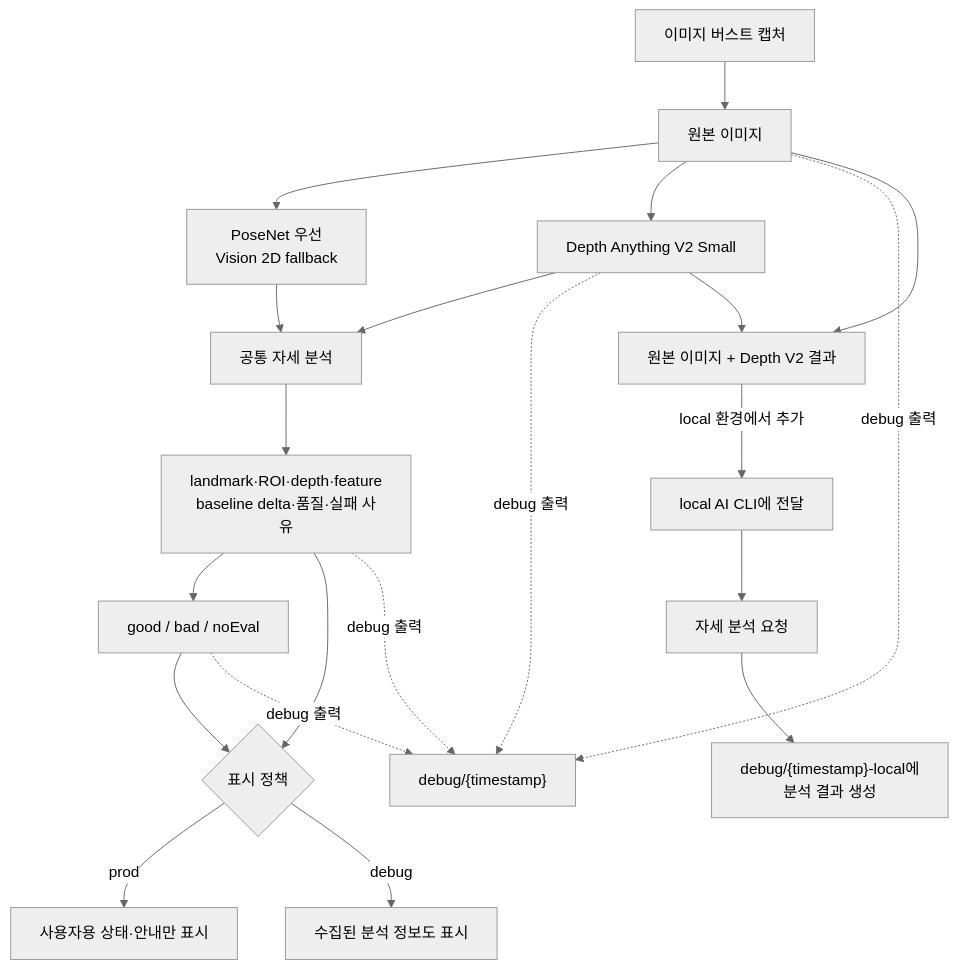
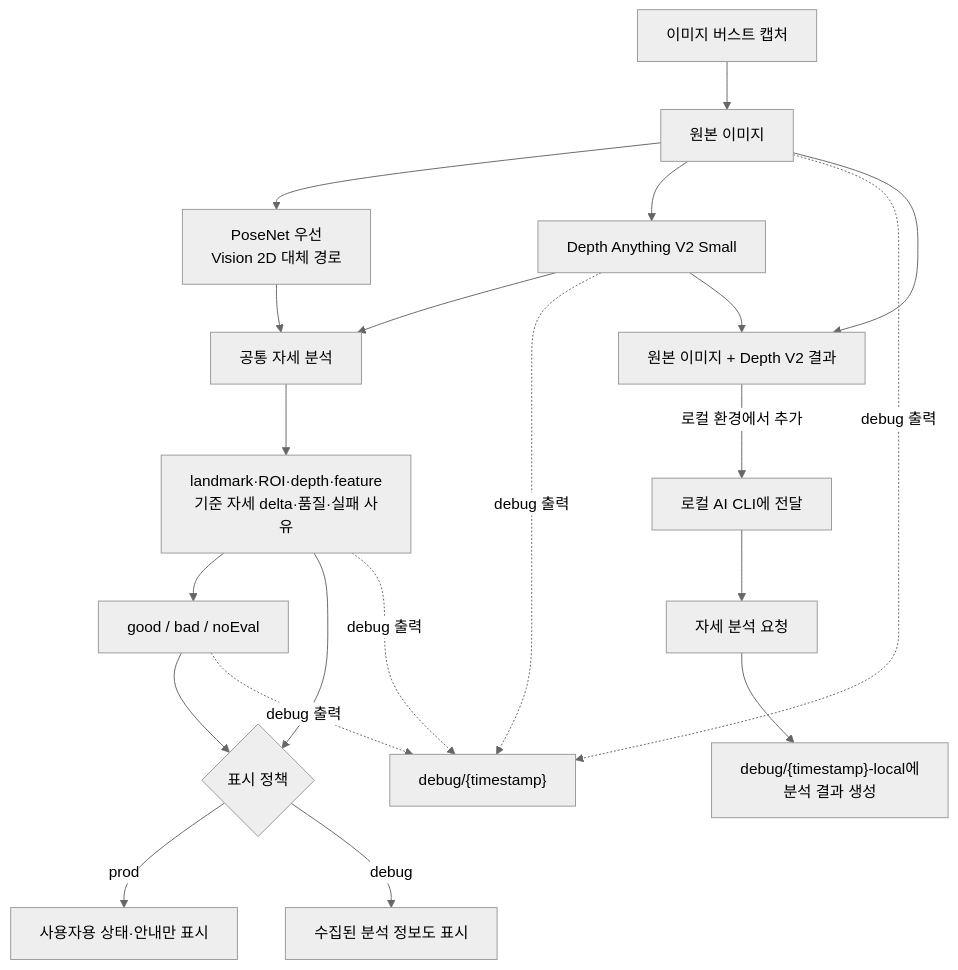
One commit to kimchanhyung98/turtlemeck changed the second of 2 diagrams in docs/workflow.md. Above: the diagram before and after it, drawn with Mermaid (neutral theme). The commit also changed other lines of this file and 84 other files, not shown here.

````diff
--- a/docs/workflow.md
+++ b/docs/workflow.md
@@ -47,27 +52,27 @@
 ```mermaid
 flowchart TD
     CAPTURE["이미지 버스트 캡처"] --> ORIGINAL["원본 이미지"]
-    ORIGINAL --> POSE["PoseNet 우선<br/>Vision 2D fallback"]
+    ORIGINAL --> POSE["PoseNet 우선<br/>Vision 2D 대체 경로"]
     ORIGINAL --> DEPTH["Depth Anything V2 Small"]
 
     POSE --> CORE["공통 자세 분석"]
     DEPTH --> CORE
-    CORE --> DATA["landmark·ROI·depth·feature<br/>baseline delta·품질·실패 사유"]
+    CORE --> DATA["landmark·ROI·depth·feature<br/>기준 자세 delta·품질·실패 사유"]
     DATA --> STATE["good / bad / noEval"]
 
     DATA --> VIEW{"표시 정책"}
     STATE --> VIEW
     VIEW -- "prod" --> PRODVIEW["사용자용 상태·안내만 표시"]
     VIEW -- "debug" --> DEBUGVIEW["수집된 분석 정보도 표시"]
 
     ORIGINAL -. "debug 출력" .-> DEBUGDIR["debug/{timestamp}"]
     DEPTH -. "debug 출력" .-> DEBUGDIR
     DATA -. "debug 출력" .-> DEBUGDIR
     STATE -. "debug 출력" .-> DEBUGDIR
 
     ORIGINAL --> LOCALPAIR["원본 이미지 + Depth V2 결과"]
     DEPTH --> LOCALPAIR
-    LOCALPAIR -- "local 환경에서 추가" --> CLI["local AI CLI에 전달"]
+    LOCALPAIR -- "로컬 환경에서 추가" --> CLI["로컬 AI CLI에 전달"]
     CLI --> REQUEST["자세 분석 요청"]
     REQUEST --> LOCALRESULT["debug/{timestamp}-local에<br/>분석 결과 생성"]
 ```
````
